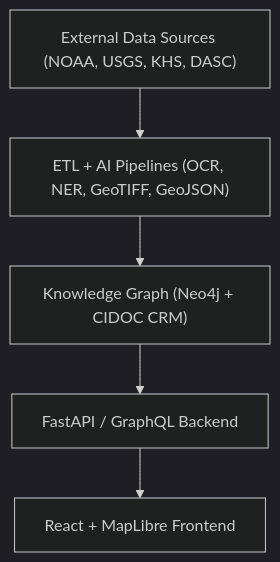
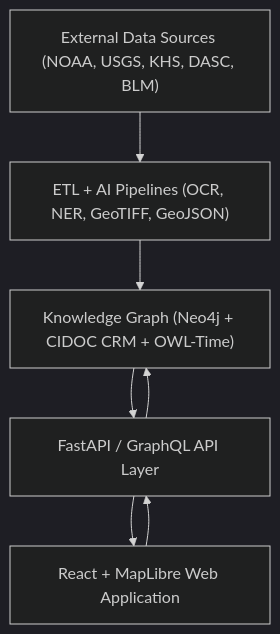
One commit to bartytime4life/Kansas-Frontier-Matrix changed the diagram in README.md. Above: the diagram before and after it, drawn with Mermaid (dark theme). The commit also changed other lines of this file, not shown here.

````diff
--- a/README.md
+++ b/README.md
@@ -71,9 +75,10 @@
 ```mermaid
 flowchart TD
-A["External Data Sources (NOAA, USGS, KHS, DASC)"]
+A["External Data Sources (NOAA, USGS, KHS, DASC, BLM)"]
 B["ETL + AI Pipelines (OCR, NER, GeoTIFF, GeoJSON)"]
-C["Knowledge Graph (Neo4j + CIDOC CRM)"]
-D["FastAPI / GraphQL Backend"]
-E["React + MapLibre Frontend"]
+C["Knowledge Graph (Neo4j + CIDOC CRM + OWL-Time)"]
+D["FastAPI / GraphQL API Layer"]
+E["React + MapLibre Web Application"]
 A --> B --> C --> D --> E
+E --> D --> C
 ```
````
